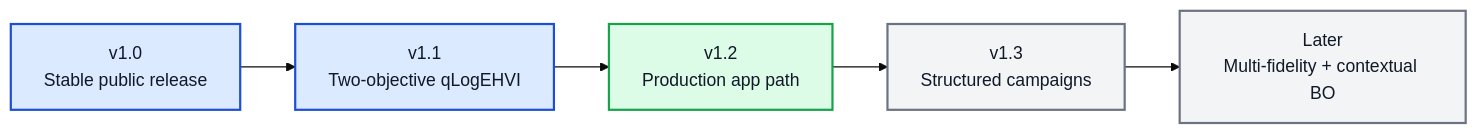
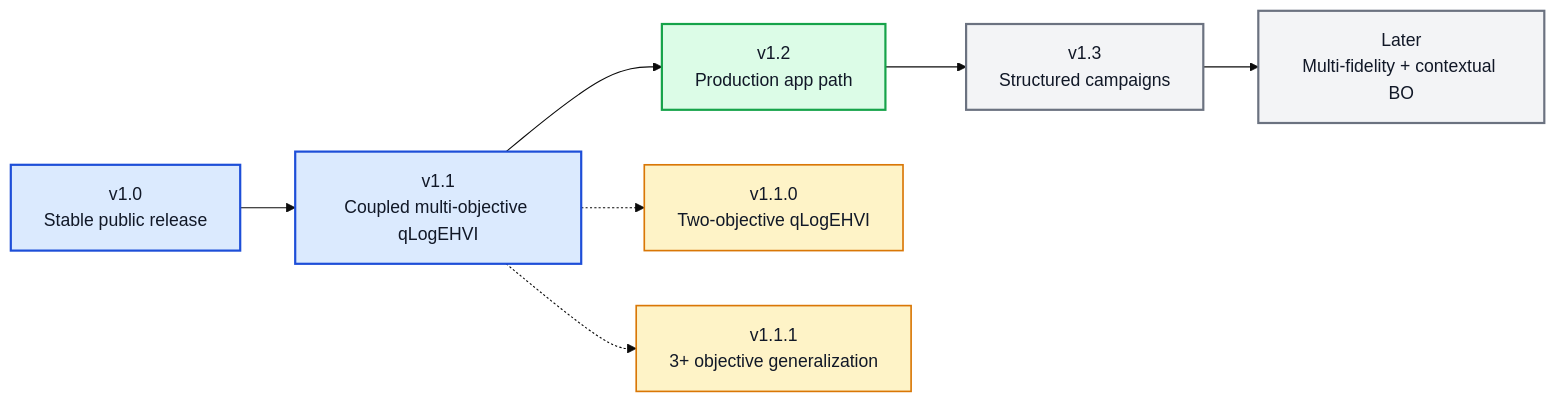
One commit to angzeli/bo-forge changed the diagram in ROADMAP_AFTER_V1.md. Above: the diagram before and after it, drawn with Mermaid (base theme). The commit also changed other lines of this file and 36 other files, not shown here.

````diff
--- a/ROADMAP_AFTER_V1.md
+++ b/ROADMAP_AFTER_V1.md
@@ -7,12 +7,20 @@
 ```mermaid
 flowchart LR
-    v10["v1.0<br/>Stable public release"] --> v11["v1.1<br/>Two-objective qLogEHVI"] --> v12["v1.2<br/>Production app path"] --> v13["v1.3<br/>Structured campaigns"] --> later["Later<br/>Multi-fidelity + contextual BO"]
+    v10["v1.0<br/>Stable public release"] --> v11["v1.1<br/>Coupled multi-objective qLogEHVI"] --> v12["v1.2<br/>Production app path"] --> v13["v1.3<br/>Structured campaigns"] --> later["Later<br/>Multi-fidelity + contextual BO"]
+
+    v110["v1.1.0<br/>Two-objective qLogEHVI"]
+    v111["v1.1.1<br/>3+ objective generalization"]
+
+    v11 -.-> v110
+    v11 -.-> v111
 
     class v10,v11 majorDone
     class v12 majorNext
     class v13,later majorFuture
+    class v110,v111 patchDone
 
     classDef majorDone fill:#dbeafe,stroke:#1d4ed8,stroke-width:2px,color:#111827;
     classDef majorNext fill:#dcfce7,stroke:#16a34a,stroke-width:2px,color:#111827;
     classDef majorFuture fill:#f3f4f6,stroke:#6b7280,stroke-width:2px,color:#111827;
+    classDef patchDone fill:#fef3c7,stroke:#d97706,stroke-width:1.5px,color:#111827;
 ```
````
